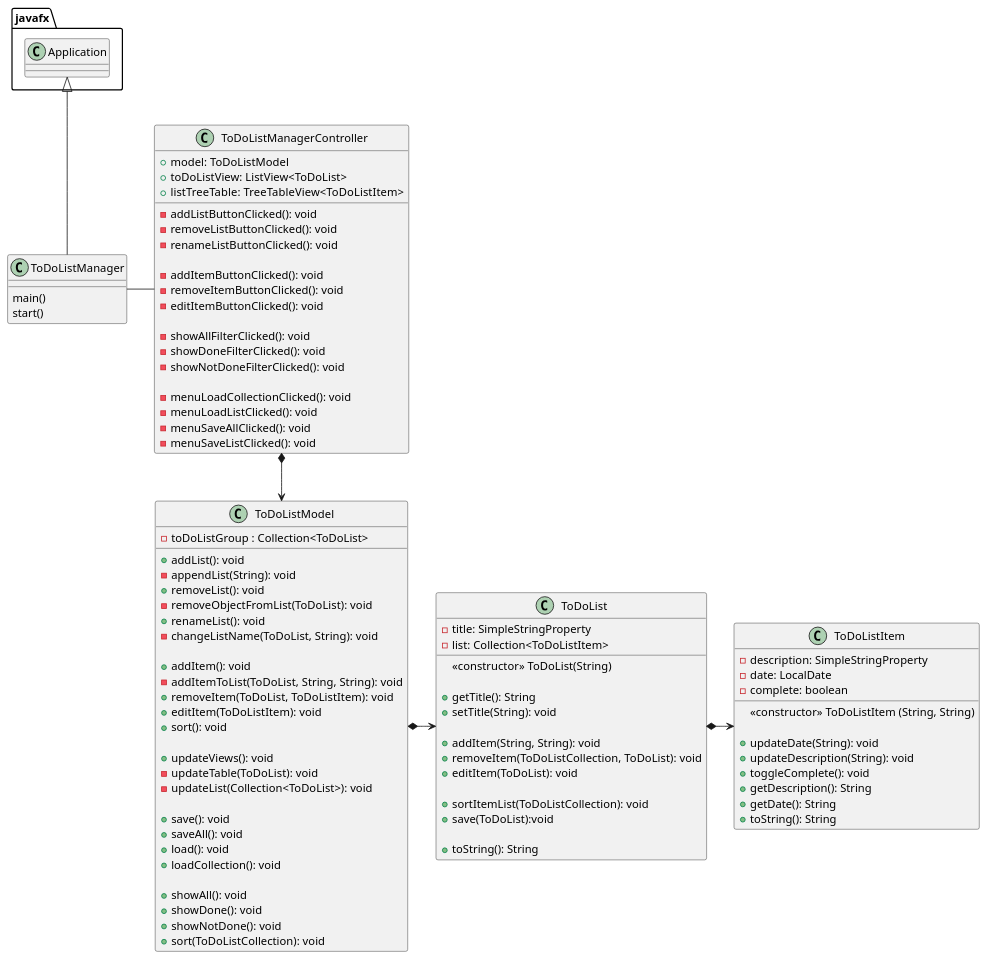
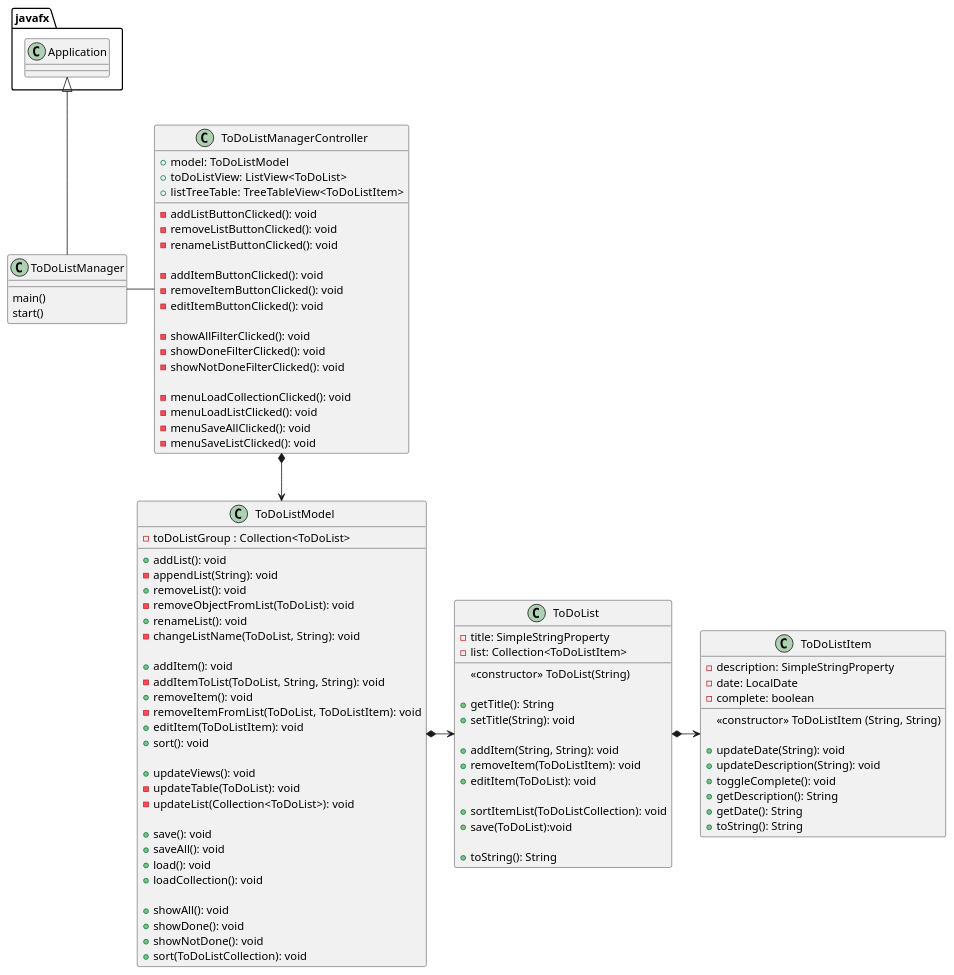
The diagram in uml/ToDoListManager.puml (GSabiniPanini/little-cop3330-assignment4), drawn with PlantUML before and after one commit. The commit also changed 3 other files, not shown here.

```diff
--- a/uml/ToDoListManager.puml
+++ b/uml/ToDoListManager.puml
@@ -1,103 +1,104 @@
 @startuml
 'https://plantuml.com/class-diagram'
 
 class ToDoListManager {
     main()
     start()
 }
 
 class ToDoListManagerController {
     + model: ToDoListModel
     + toDoListView: ListView<ToDoList>
     + listTreeTable: TreeTableView<ToDoListItem>
 
     - addListButtonClicked(): void
     - removeListButtonClicked(): void
     - renameListButtonClicked(): void
 
     - addItemButtonClicked(): void
     - removeItemButtonClicked(): void
     - editItemButtonClicked(): void
 
     - showAllFilterClicked(): void
     - showDoneFilterClicked(): void
     - showNotDoneFilterClicked(): void
 
     - menuLoadCollectionClicked(): void
     - menuLoadListClicked(): void
     - menuSaveAllClicked(): void
     - menuSaveListClicked(): void
 }
 
 class ToDoListModel {
     - toDoListGroup : Collection<ToDoList>
 
     + addList(): void
     - appendList(String): void
     + removeList(): void
     - removeObjectFromList(ToDoList): void
     + renameList(): void
     - changeListName(ToDoList, String): void
 
     + addItem(): void
     - addItemToList(ToDoList, String, String): void
-    + removeItem(ToDoList, ToDoListItem): void
+    + removeItem(): void
+    - removeItemFromList(ToDoList, ToDoListItem): void
     + editItem(ToDoListItem): void
     + sort(): void
 
     + updateViews(): void
     - updateTable(ToDoList): void
     - updateList(Collection<ToDoList>): void
 
     + save(): void
     + saveAll(): void
     + load(): void
     + loadCollection(): void
 
     + showAll(): void
     + showDone(): void
     + showNotDone(): void
     + sort(ToDoListCollection): void
 }
 
 class ToDoList {
     - title: SimpleStringProperty
     - list: Collection<ToDoListItem>
 
     <<constructor>> ToDoList(String)
 
     + getTitle(): String
     + setTitle(String): void
 
     + addItem(String, String): void
-    + removeItem(ToDoListCollection, ToDoList): void
+    + removeItem(ToDoListItem): void
     + editItem(ToDoList): void
 
     + sortItemList(ToDoListCollection): void
     + save(ToDoList):void
 
     + toString(): String
 }
 
 class ToDoListItem {
     - description: SimpleStringProperty
     - date: LocalDate
     - complete: boolean
 
     <<constructor>> ToDoListItem (String, String)
 
     + updateDate(String): void
     + updateDescription(String): void
     + toggleComplete(): void
     + getDescription(): String
     + getDate(): String
     + toString(): String
 }
 
 javafx.Application <|-- ToDoListManager
 ToDoListManager - ToDoListManagerController
 ToDoListManagerController *--> ToDoListModel
 ToDoListModel *-> ToDoList
 ToDoList *-> ToDoListItem
 
 @enduml
```
